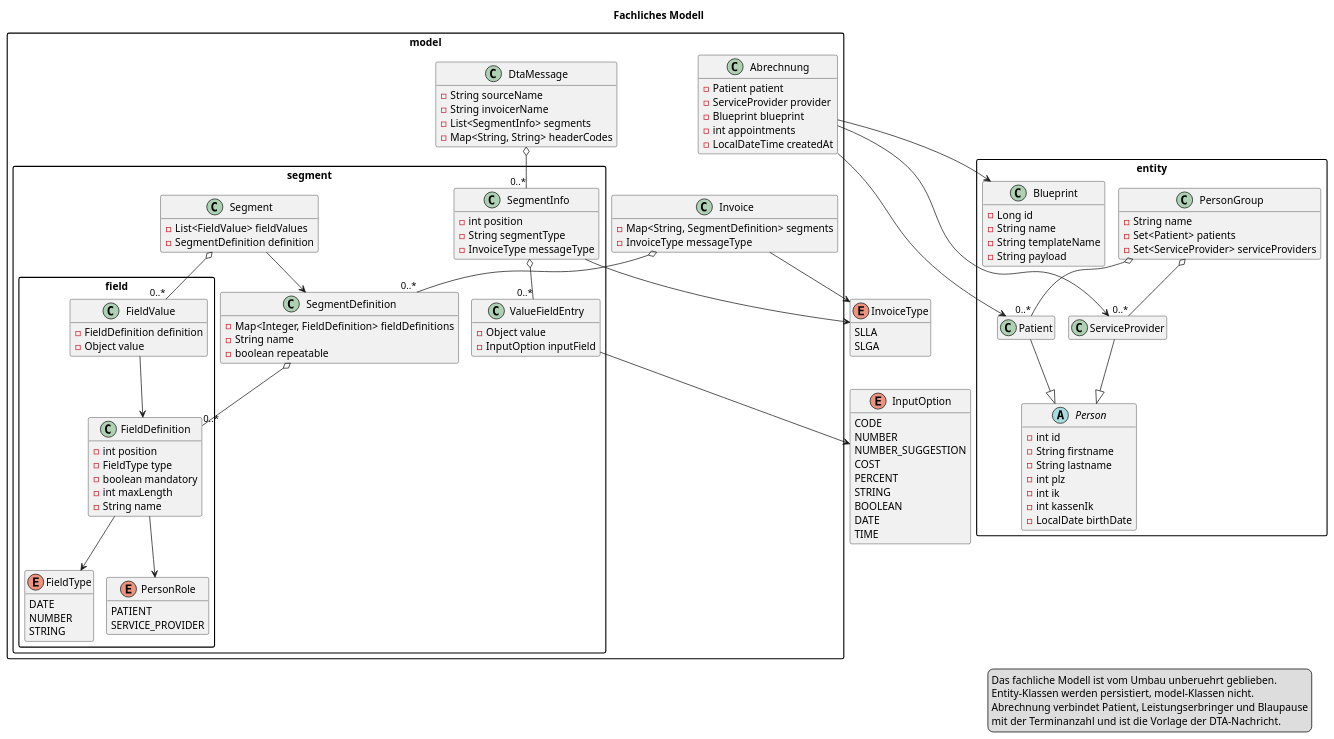
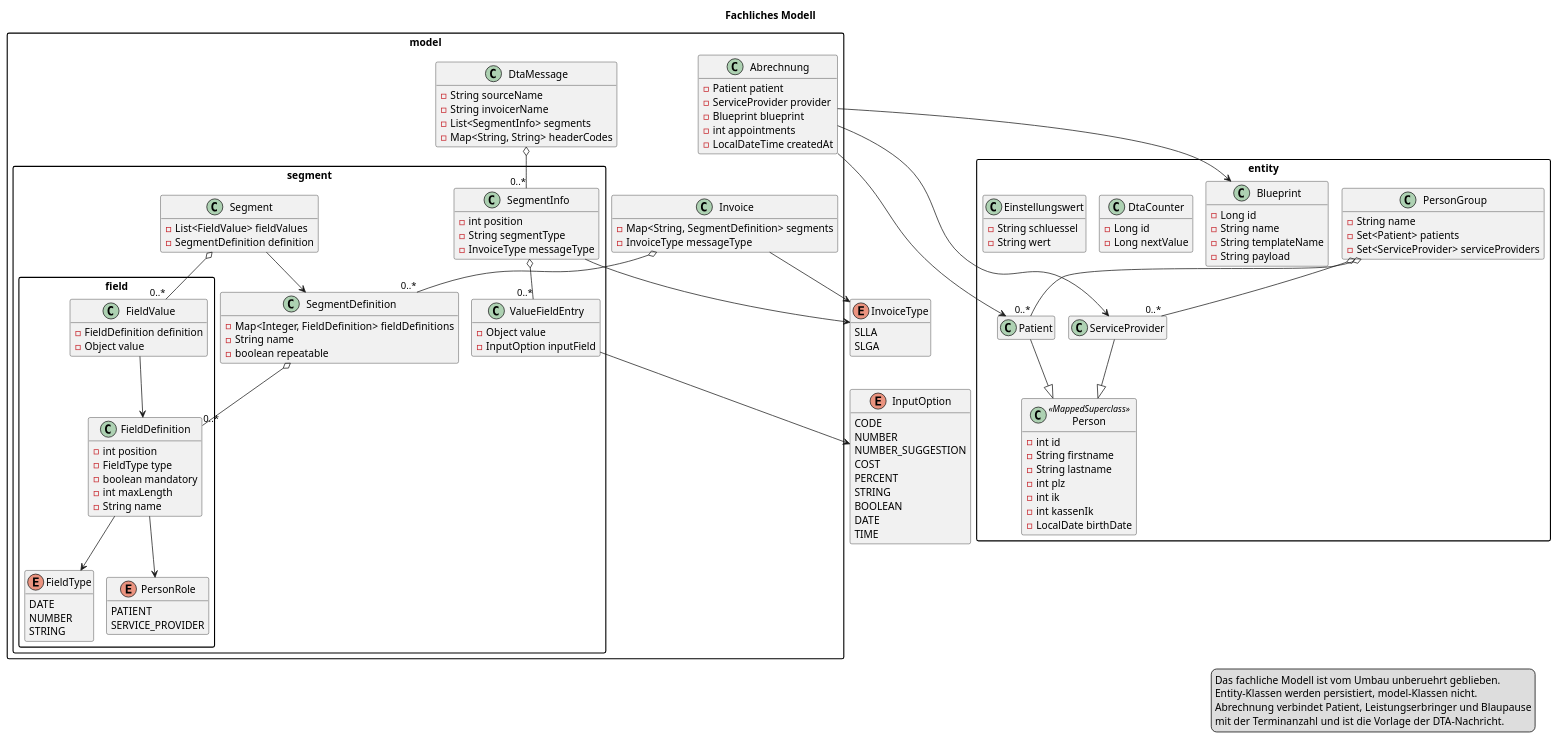
Before and after one commit to Gulaschkanister/Health-insurance-claims: the diagram in GKVTransmitter/Information/01_Domaene.puml, drawn with PlantUML. The commit also changed 9 other files, not shown here.

First line of the commit message:
Datenbankstruktur und Abhaengigkeiten als Diagramm, aus dem echten Stand

```diff
--- a/GKVTransmitter/Information/01_Domaene.puml
+++ b/GKVTransmitter/Information/01_Domaene.puml
@@ -1,140 +1,148 @@
 @startuml GKVTransmitter_Domaene
 !pragma layout smetana
 hide empty members
 skinparam packageStyle rectangle
 skinparam shadowing false
 skinparam linetype ortho
 
 title Fachliches Modell
 
 package "entity" {
-  abstract class Person {
+  class Person <<MappedSuperclass>> {
     -int id
     -String firstname
     -String lastname
     -int plz
     -int ik
     -int kassenIk
     -LocalDate birthDate
   }
   class Patient
   class ServiceProvider
   class PersonGroup {
     -String name
     -Set<Patient> patients
     -Set<ServiceProvider> serviceProviders
   }
   class Blueprint {
     -Long id
     -String name
     -String templateName
     -String payload
+  }
+  class DtaCounter {
+    -Long id
+    -Long nextValue
+  }
+  class Einstellungswert {
+    -String schluessel
+    -String wert
   }
 }
 
 package "model" {
   class Abrechnung {
     -Patient patient
     -ServiceProvider provider
     -Blueprint blueprint
     -int appointments
     -LocalDateTime createdAt
   }
   class Invoice {
     -Map<String, SegmentDefinition> segments
     -InvoiceType messageType
   }
   class DtaMessage {
     -String sourceName
     -String invoicerName
     -List<SegmentInfo> segments
     -Map<String, String> headerCodes
   }
 }
 
 package "model.segment" {
   class Segment {
     -List<FieldValue> fieldValues
     -SegmentDefinition definition
   }
   class SegmentDefinition {
     -Map<Integer, FieldDefinition> fieldDefinitions
     -String name
     -boolean repeatable
   }
   class SegmentInfo {
     -int position
     -String segmentType
     -InvoiceType messageType
   }
   class ValueFieldEntry {
     -Object value
     -InputOption inputField
   }
 }
 
 package "model.segment.field" {
   class FieldDefinition {
     -int position
     -FieldType type
     -boolean mandatory
     -int maxLength
     -String name
   }
   class FieldValue {
     -FieldDefinition definition
     -Object value
   }
   enum FieldType {
     DATE
     NUMBER
     STRING
   }
   enum PersonRole {
     PATIENT
     SERVICE_PROVIDER
   }
 }
 
 enum InvoiceType {
   SLLA
   SLGA
 }
 enum InputOption {
   CODE
   NUMBER
   NUMBER_SUGGESTION
   COST
   PERCENT
   STRING
   BOOLEAN
   DATE
   TIME
 }
 
 Patient --|> Person
 ServiceProvider --|> Person
 PersonGroup o-- "0..*" Patient
 PersonGroup o-- "0..*" ServiceProvider
 Abrechnung --> Patient
 Abrechnung --> ServiceProvider
 Abrechnung --> Blueprint
 Invoice o-- "0..*" SegmentDefinition
 DtaMessage o-- "0..*" SegmentInfo
 SegmentInfo o-- "0..*" ValueFieldEntry
 Segment o-- "0..*" FieldValue
 Segment --> SegmentDefinition
 SegmentDefinition o-- "0..*" FieldDefinition
 FieldValue --> FieldDefinition
 Invoice --> InvoiceType
 SegmentInfo --> InvoiceType
 FieldDefinition --> FieldType
 FieldDefinition --> PersonRole
 ValueFieldEntry --> InputOption
 legend right
   Das fachliche Modell ist vom Umbau unberuehrt geblieben.
   Entity-Klassen werden persistiert, model-Klassen nicht.
   Abrechnung verbindet Patient, Leistungserbringer und Blaupause
   mit der Terminanzahl und ist die Vorlage der DTA-Nachricht.
 endlegend
 @enduml
```
